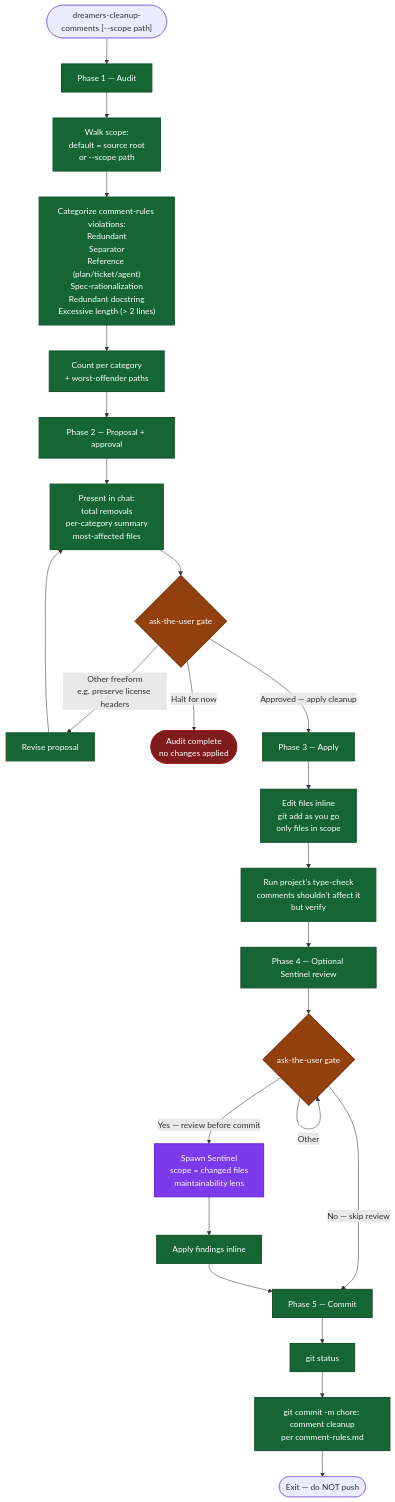
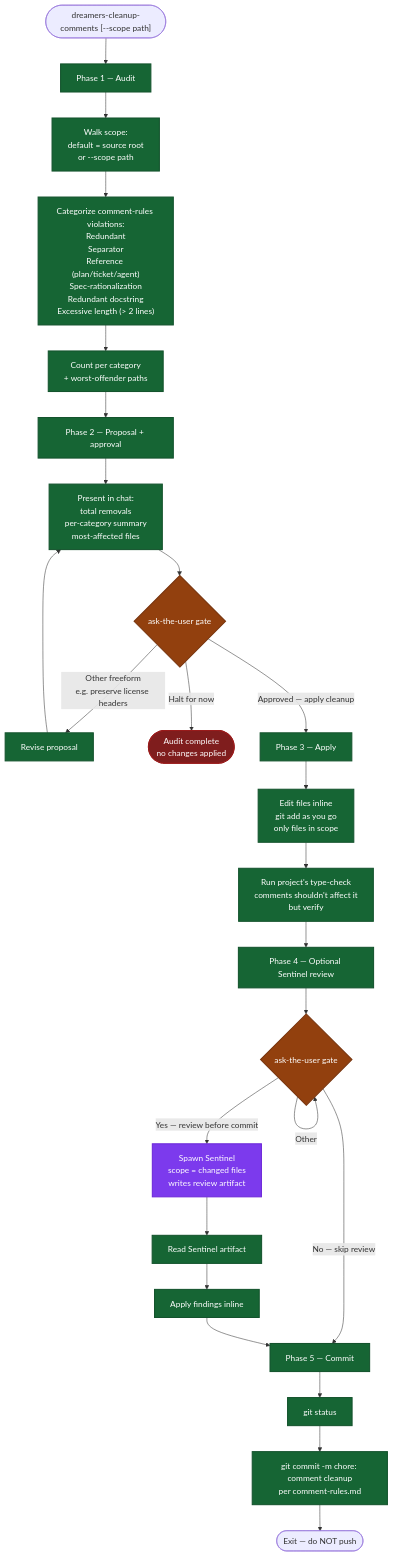
Before and after one commit to mrStorrs/dreamers-codex: the diagram in skills/dreamers-cleanup-comments/readme.md, drawn with Mermaid. The commit also changed other lines of this file and 23 other files, not shown here.

````diff
--- a/skills/dreamers-cleanup-comments/readme.md
+++ b/skills/dreamers-cleanup-comments/readme.md
@@ -5,41 +5,42 @@
 ```mermaid
 flowchart TD
     Start(["dreamers-cleanup-comments [--scope path]"]) --> P1
 
     P1["Phase 1 — Audit"] --> Walk["Walk scope:<br/>default = source root<br/>or --scope path"]
     Walk --> Categorize["Categorize comment-rules violations:<br/>Redundant<br/>Separator<br/>Reference (plan/ticket/agent)<br/>Spec-rationalization<br/>Redundant docstring<br/>Excessive length (> 2 lines)"]
     Categorize --> CountReport["Count per category<br/>+ worst-offender paths"]
     CountReport --> P2
 
     P2["Phase 2 — Proposal + approval"] --> Propose["Present in chat:<br/>total removals<br/>per-category summary<br/>most-affected files"]
     Propose --> ApprovalGate{"ask-the-user gate"}
     ApprovalGate -->|"Other freeform<br/>e.g. preserve license headers"| Revise["Revise proposal"]
     Revise --> Propose
     ApprovalGate -->|Halt for now| HaltA(["Audit complete<br/>no changes applied"])
     ApprovalGate -->|Approved — apply cleanup| P3
 
     P3["Phase 3 — Apply"] --> Apply["Edit files inline<br/>git add as you go<br/>only files in scope"]
     Apply --> TypeCheck["Run project's type-check<br/>comments shouldn't affect it<br/>but verify"]
     TypeCheck --> P4
 
     P4["Phase 4 — Optional Sentinel review"] --> ReviewGate{"ask-the-user gate"}
     ReviewGate -->|Other| ReviewGate
     ReviewGate -->|No — skip review| P5
-    ReviewGate -->|Yes — review before commit| SpawnSentinel["Spawn Sentinel<br/>scope = changed files<br/>maintainability lens"]
-    SpawnSentinel --> ApplyFindings["Apply findings inline"]
+    ReviewGate -->|Yes — review before commit| SpawnSentinel["Spawn Sentinel<br/>scope = changed files<br/>writes review artifact"]
+    SpawnSentinel --> ReadArtifact["Read Sentinel artifact"]
+    ReadArtifact --> ApplyFindings["Apply findings inline"]
     ApplyFindings --> P5
 
     P5["Phase 5 — Commit"] --> Status["git status"]
     Status --> Commit["git commit -m chore: comment cleanup<br/>per comment-rules.md"]
     Commit --> End(["Exit — do NOT push"])
 
     classDef gate fill:#92400e,stroke:#78350f,stroke-width:2px,color:#fff
     classDef halt fill:#7f1d1d,stroke:#991b1b,stroke-width:2px,color:#fff
     classDef phase fill:#166534,stroke:#14532d,stroke-width:2px,color:#fff
     classDef agent fill:#7c3aed,stroke:#6d28d9,stroke-width:2px,color:#fff
 
     class ApprovalGate,ReviewGate gate
     class HaltA halt
     class SpawnSentinel agent
-    class P1,P2,P3,P4,P5,Walk,Categorize,CountReport,Propose,Revise,Apply,TypeCheck,ApplyFindings,Status,Commit phase
+    class P1,P2,P3,P4,P5,Walk,Categorize,CountReport,Propose,Revise,Apply,TypeCheck,ReadArtifact,ApplyFindings,Status,Commit phase
 ```
````
